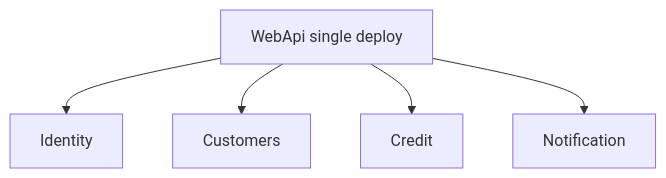
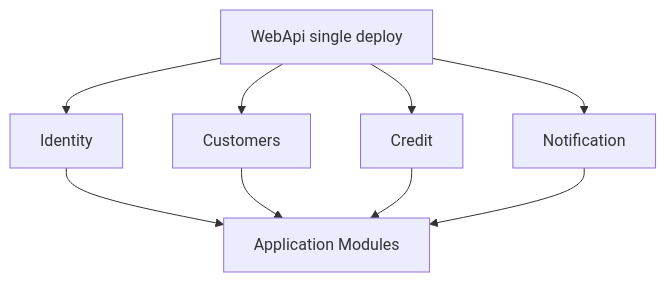
Before and after one commit to fdeniz07/BankApp: the first of 2 diagrams in docs/learning/en/17-modular-monolith.md, drawn with Mermaid. The commit also changed other lines of this file and 105 other files, not shown here.

First line of the commit message:
doc: Enrich learning chapters with labs, pitfalls, and safe Mermaid

````diff
--- a/docs/learning/en/17-modular-monolith.md
+++ b/docs/learning/en/17-modular-monolith.md
@@ -9,7 +11,11 @@
 ```mermaid
 flowchart TB
-  WA[WebApi single deploy] --> ID[Identity]
-  WA --> CU[Customers]
-  WA --> CR[Credit]
-  WA --> NT[Notification]
+  WA["WebApi single deploy"] --> ID["Identity"]
+  WA --> CU["Customers"]
+  WA --> CR["Credit"]
+  WA --> NT["Notification"]
+  ID --> APP["Application Modules"]
+  CU --> APP
+  CR --> APP
+  NT --> APP
 ```
````
